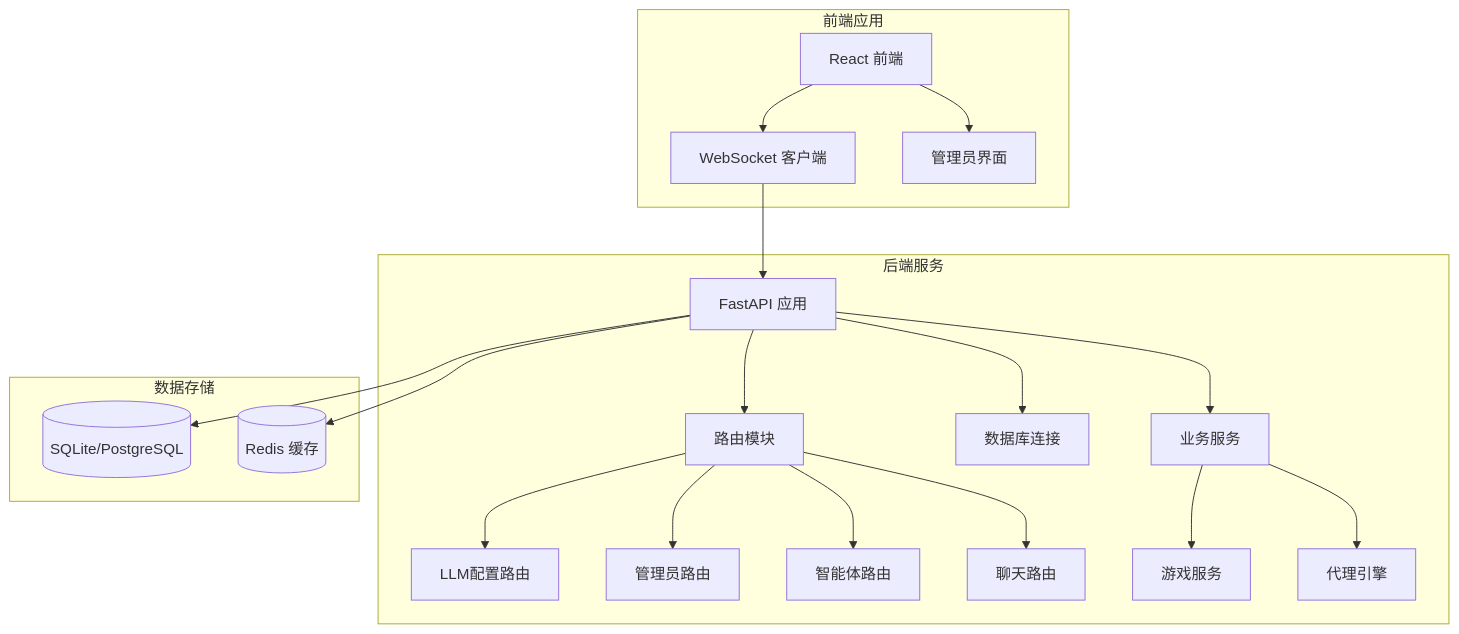
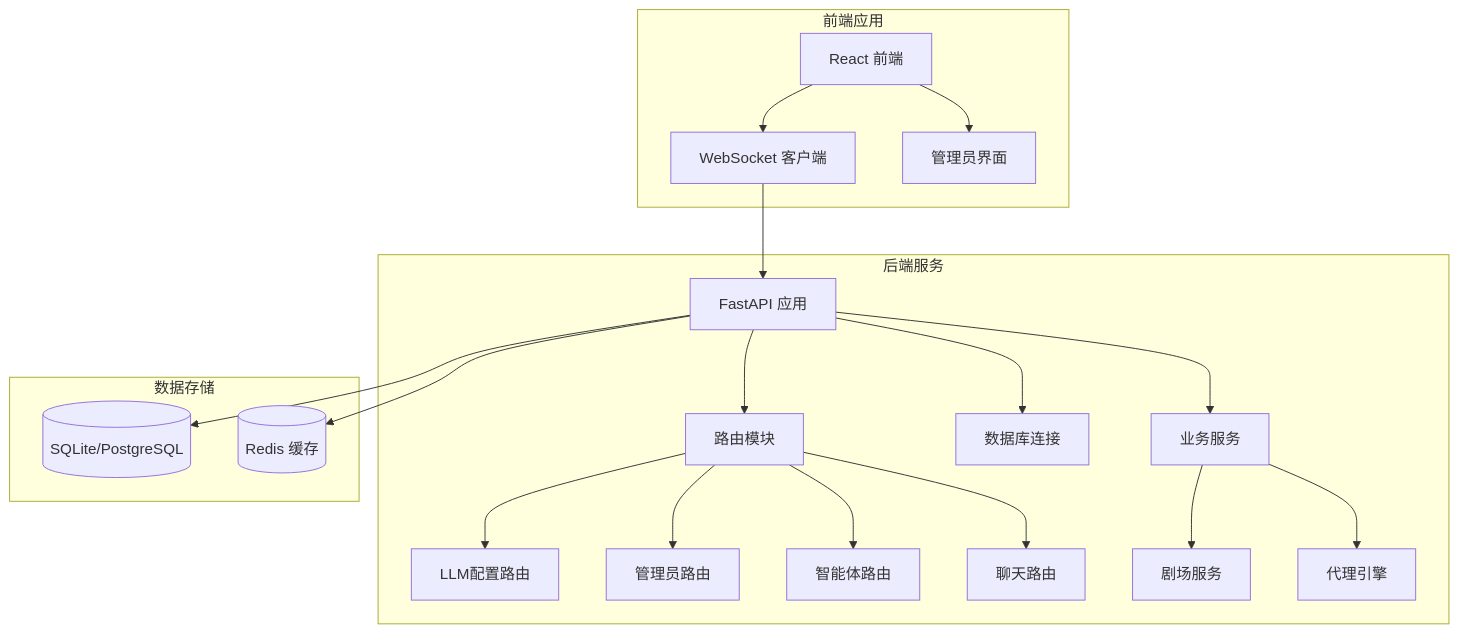
The first of 9 diagrams in .qoder/repowiki/zh/content/API接口文档/API接口文档.md (KunLabAI/KunFlix), drawn with Mermaid before and after one commit. The commit also changed other lines of this file and 112 other files, not shown here.

````diff
--- a/.qoder/repowiki/zh/content/API接口文档/API接口文档.md
+++ b/.qoder/repowiki/zh/content/API接口文档/API接口文档.md
@@ -37,25 +37,25 @@
 ```mermaid
 graph TB
 subgraph "后端服务"
 A[FastAPI 应用] --> B[路由模块]
 A --> C[数据库连接]
 A --> D[业务服务]
 B --> E[LLM配置路由]
 B --> F[管理员路由]
 B --> G[智能体路由]
 B --> H[聊天路由]
-D --> I[游戏服务]
+D --> I[剧场服务]
 D --> J[代理引擎]
 end
 subgraph "前端应用"
 K[React 前端] --> L[WebSocket 客户端]
 K --> M[管理员界面]
 end
 subgraph "数据存储"
 N[(SQLite/PostgreSQL)]
 O[(Redis 缓存)]
 end
 A --> N
 A --> O
 L --> A
 ```
````
